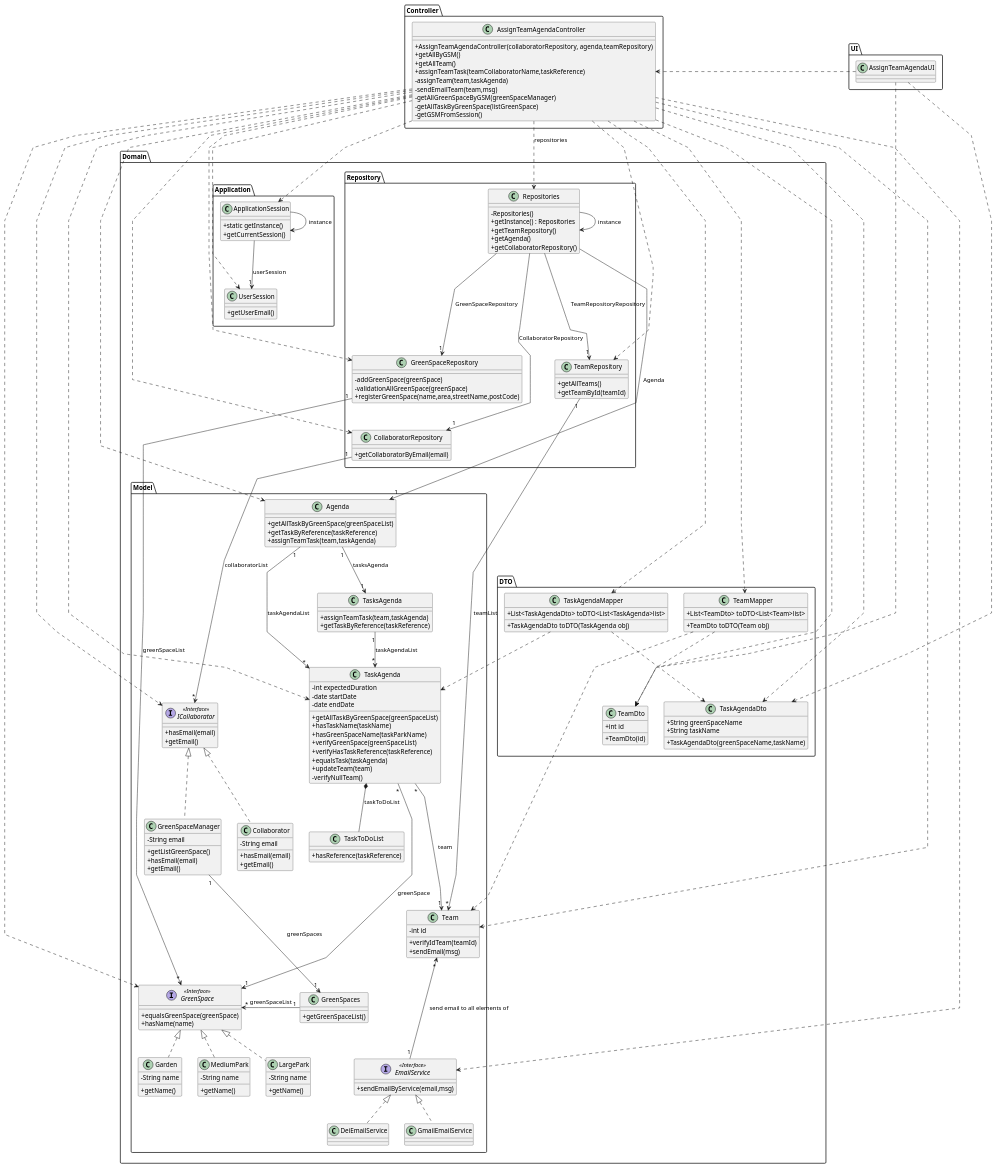
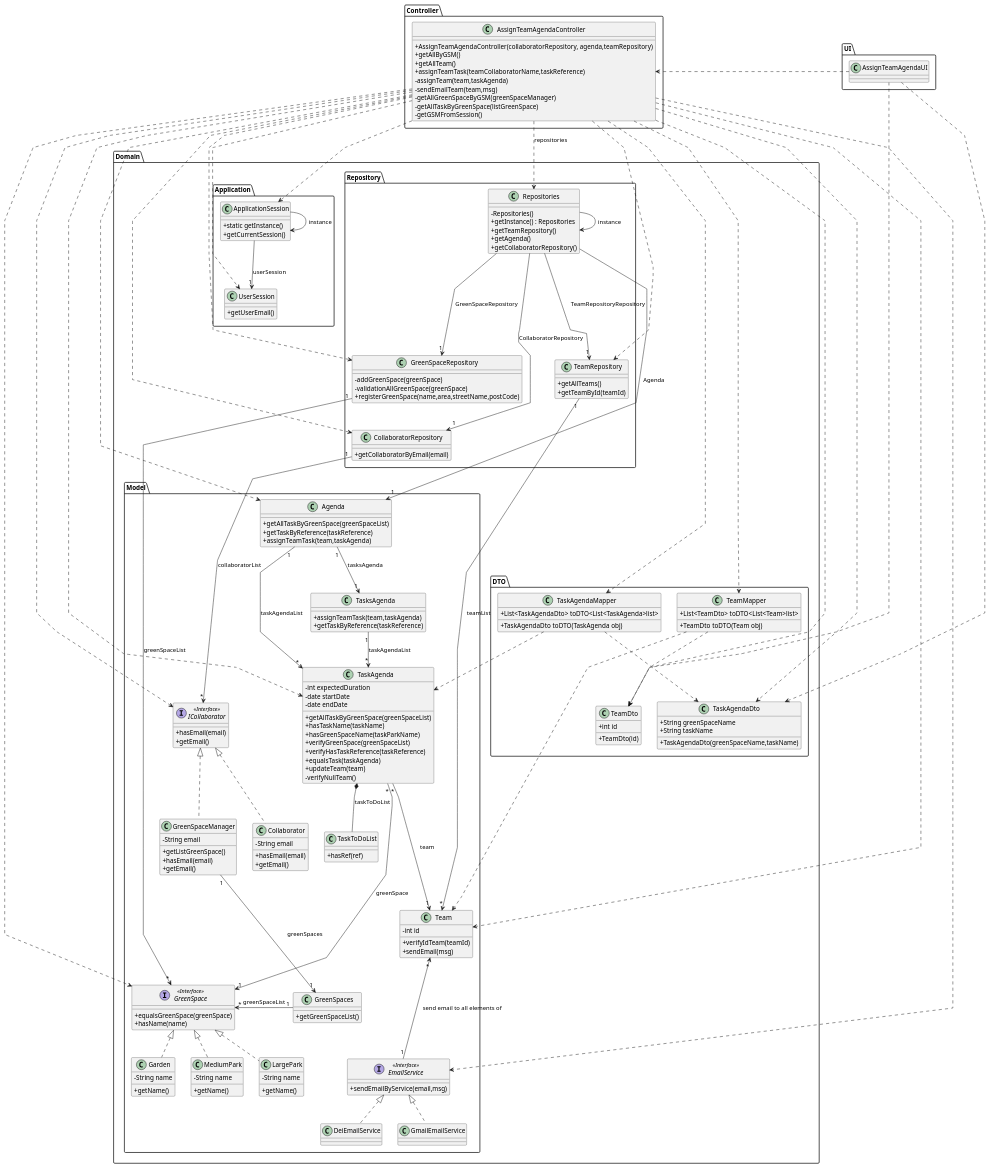
Before and after one commit to Departamento-de-Engenharia-Informatica/lei-24-s2-1db-g022: the diagram in docs/sprint3/us23/03.design/puml/us23-class-diagram.puml, drawn with PlantUML. The commit also changed 24 other files, not shown here.

```diff
--- a/docs/sprint3/us23/03.design/puml/us23-class-diagram.puml
+++ b/docs/sprint3/us23/03.design/puml/us23-class-diagram.puml
@@ -170,7 +170,7 @@
         }
 
         class TaskToDoList{
-            + hasReference(taskReference)
+            + hasRef(ref)
         }
 
     }
```
